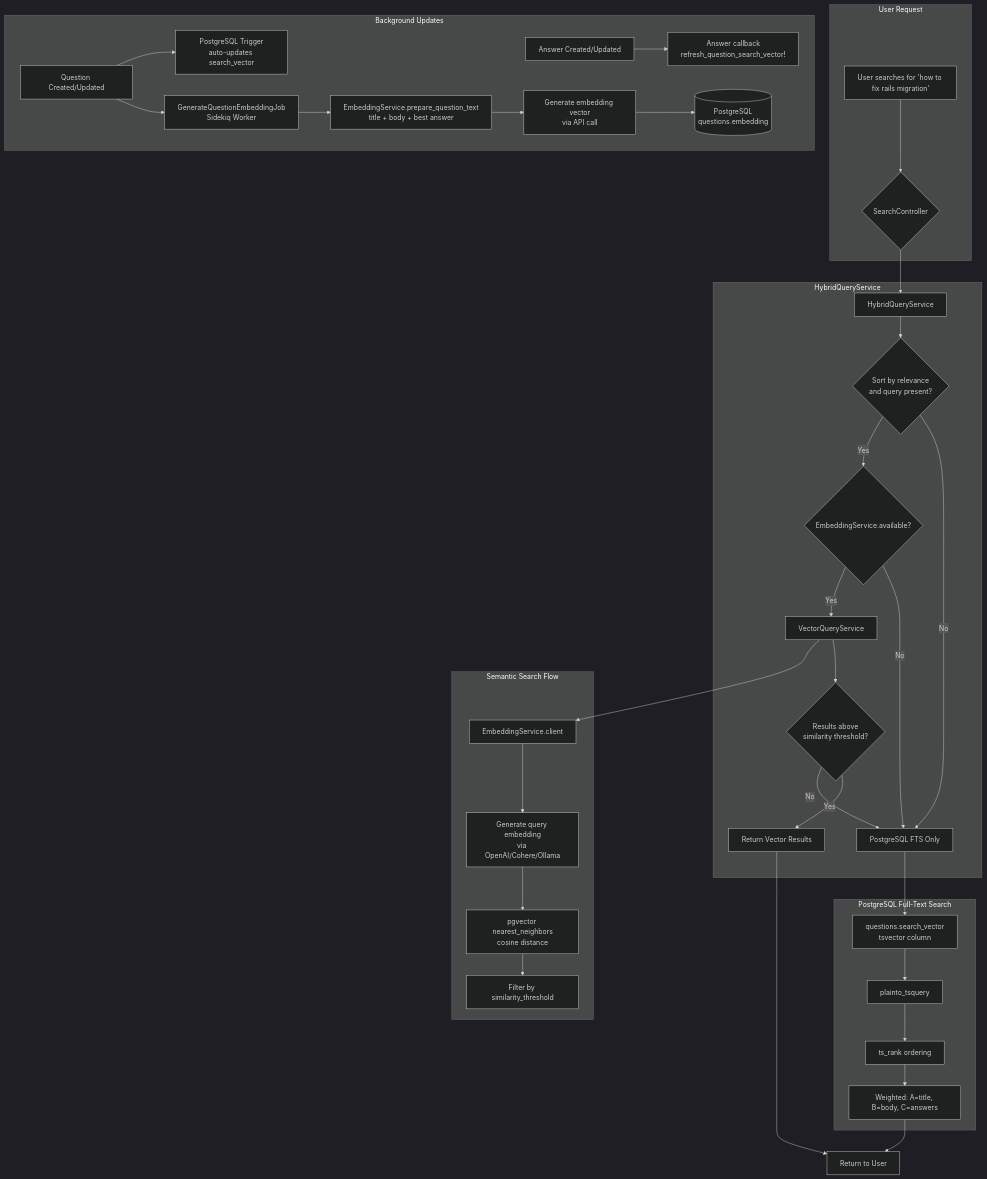
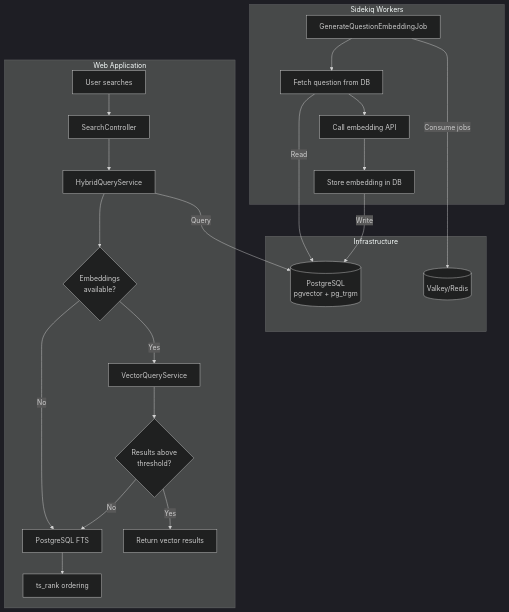
The diagram in CLAUDE.md (Tight-Line/brimming), drawn with Mermaid (dark theme) before and after one commit. The commit also changed 1 other file, not shown here.

Commit message:
Attempt #2 for the robot to fix the docs :-(

````diff
--- a/CLAUDE.md
+++ b/CLAUDE.md
@@ -88,46 +88,31 @@
 ```mermaid
 flowchart TB
-    subgraph User Request
-        A[User searches for 'how to fix rails migration'] --> B{SearchController}
+    subgraph Infrastructure
+        PG[(PostgreSQL<br/>pgvector + pg_trgm)]
+        VK[(Valkey/Redis)]
     end
 
-    subgraph HybridQueryService
+    subgraph WebApp[Web Application]
+        A[User searches] --> B[SearchController]
         B --> C[HybridQueryService]
-        C --> D{Sort by relevance<br/>and query present?}
-        D -->|No| E[PostgreSQL FTS Only]
-        D -->|Yes| F{EmbeddingService.available?}
-        F -->|No| E
-        F -->|Yes| G[VectorQueryService]
-        G --> H{Results above<br/>similarity threshold?}
-        H -->|Yes| I[Return Vector Results]
-        H -->|No| E
+        C --> D{Embeddings<br/>available?}
+        D -->|Yes| E[VectorQueryService]
+        D -->|No| F[PostgreSQL FTS]
+        E --> G{Results above<br/>threshold?}
+        G -->|Yes| H[Return vector results]
+        G -->|No| F
+        F --> I[ts_rank ordering]
     end
 
-    subgraph PostgreSQL Full-Text Search
-        E --> E1[questions.search_vector<br/>tsvector column]
-        E1 --> E2[plainto_tsquery]
-        E2 --> E3[ts_rank ordering]
-        E3 --> E4[Weighted: A=title, B=body, C=answers]
+    subgraph Workers[Sidekiq Workers]
+        J[GenerateQuestionEmbeddingJob]
+        J --> K[Fetch question from DB]
+        K --> L[Call embedding API]
+        L --> M[Store embedding in DB]
     end
 
-    subgraph Semantic Search Flow
-        G --> J1[EmbeddingService.client]
-        J1 --> J2[Generate query embedding<br/>via OpenAI/Cohere/Ollama]
-        J2 --> J3[pgvector nearest_neighbors<br/>cosine distance]
-        J3 --> J4[Filter by similarity_threshold]
-    end
-
-    subgraph Background Updates
-        Q[Question Created/Updated] --> R[PostgreSQL Trigger<br/>auto-updates search_vector]
-
-        S[Answer Created/Updated] --> T[Answer callback<br/>refresh_question_search_vector!]
-
-        Q --> V[GenerateQuestionEmbeddingJob<br/>Sidekiq Worker]
-        V --> W[EmbeddingService.prepare_question_text<br/>title + body + best answer]
-        W --> X[Generate embedding vector<br/>via API call]
-        X --> Y[(PostgreSQL<br/>questions.embedding)]
-    end
-
-    I --> Z[Return to User]
-    E4 --> Z
+    C -->|Query| PG
+    K -->|Read| PG
+    M -->|Write| PG
+    J -->|Consume jobs| VK
 ```
````
